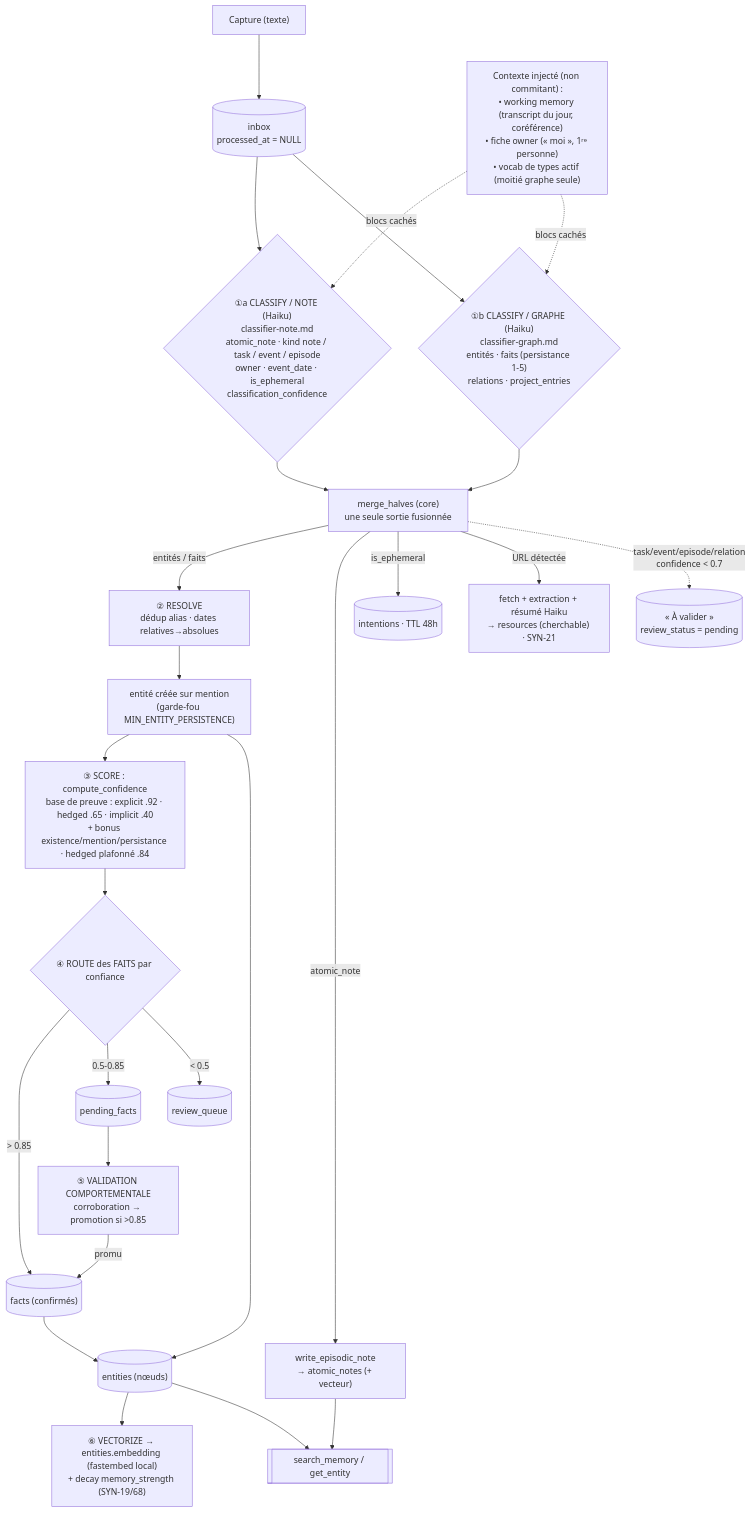
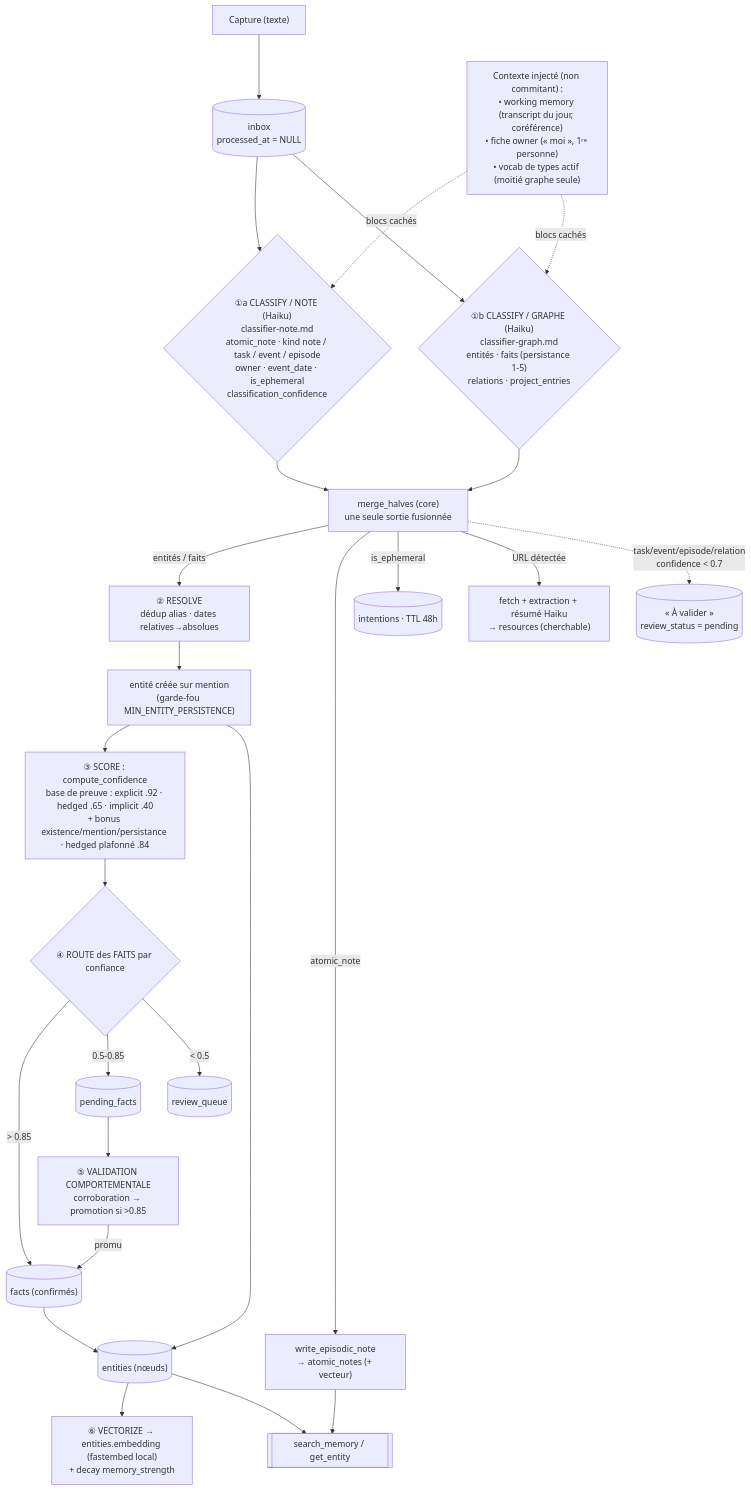
Before and after one commit to alexisraitano-myffu/sinam-backend: the second of 5 diagrams in docs/ARCHITECTURE.md, drawn with Mermaid. The commit also changed other lines of this file and 70 other files, not shown here.

````diff
--- a/docs/ARCHITECTURE.md
+++ b/docs/ARCHITECTURE.md
@@ -43,34 +43,34 @@
 ```mermaid
 flowchart TD
     Capture["Capture (texte)"] --> Inbox[("inbox<br/>processed_at = NULL")]
     Ctx["Contexte injecté (non commitant) :<br/>• working memory (transcript du jour, coréférence)<br/>• fiche owner (« moi », 1ʳᵉ personne)<br/>• vocab de types actif (moitié graphe seule)"] -.->|blocs cachés| ClassifyNote
     Ctx -.->|blocs cachés| ClassifyGraph
     Inbox --> ClassifyNote{"①a CLASSIFY / NOTE (Haiku)<br/>classifier-note.md<br/>atomic_note · kind note / task / event / episode<br/>owner · event_date · is_ephemeral<br/>classification_confidence"}
     Inbox --> ClassifyGraph{"①b CLASSIFY / GRAPHE (Haiku)<br/>classifier-graph.md<br/>entités · faits (persistance 1-5)<br/>relations · project_entries"}
     ClassifyNote --> Merge["merge_halves (core)<br/>une seule sortie fusionnée"]
     ClassifyGraph --> Merge
 
     Merge -->|"entités / faits"| Resolve["② RESOLVE<br/>dédup alias · dates relatives→absolues"]
     Merge -->|"atomic_note"| Episodic["write_episodic_note<br/>→ atomic_notes (+ vecteur)"]
     Merge -->|"is_ephemeral"| Intentions[("intentions · TTL 48h")]
-    Merge -->|"URL détectée"| ResourceFetch["fetch + extraction + résumé Haiku<br/>→ resources (cherchable) · SYN-21"]
+    Merge -->|"URL détectée"| ResourceFetch["fetch + extraction + résumé Haiku<br/>→ resources (cherchable)"]
 
     Resolve --> Create["entité créée sur mention<br/>(garde-fou MIN_ENTITY_PERSISTENCE)"]
     Create --> Score["③ SCORE : compute_confidence<br/>base de preuve : explicit .92 · hedged .65 · implicit .40<br/>+ bonus existence/mention/persistance · hedged plafonné .84"]
     Score --> Route{"④ ROUTE des FAITS par confiance"}
 
     Create --> Entities[("entities (nœuds)")]
     Route -->|"> 0.85"| Facts[("facts (confirmés)")]
     Route -->|"0.5-0.85"| Pending[("pending_facts")]
     Route -->|"< 0.5"| Review[("review_queue")]
     Facts --> Entities
 
     Merge -.->|"task/event/episode/relation<br/>confidence < 0.7"| AValider[("« À valider »<br/>review_status = pending")]
 
     Pending --> Validate["⑤ VALIDATION COMPORTEMENTALE<br/>corroboration → promotion si >0.85"]
     Validate -->|promu| Facts
 
-    Entities --> Vectorize["⑥ VECTORIZE → entities.embedding (fastembed local)<br/>+ decay memory_strength (SYN-19/68)"]
+    Entities --> Vectorize["⑥ VECTORIZE → entities.embedding (fastembed local)<br/>+ decay memory_strength"]
     Episodic --> Store[["search_memory / get_entity"]]
     Entities --> Store
 ```
````
